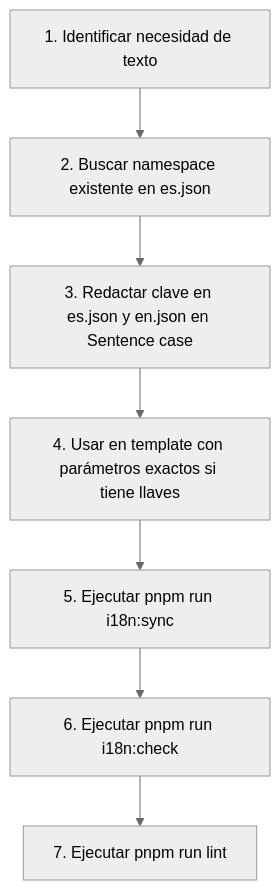
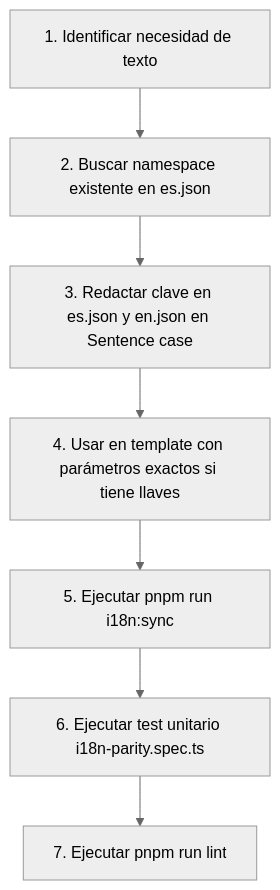
One commit to SAPCyTI-UAM-I/sapcyti-spa changed the diagram in .agents/skills/i18n-claves/SKILL.md. Above: the diagram before and after it, drawn with Mermaid (neutral theme). The commit also changed other lines of this file, not shown here.

Commit message:
docs(i18n): incorporar suite unitaria i18n-parity.spec.ts en la skill canónica

````diff
--- a/.agents/skills/i18n-claves/SKILL.md
+++ b/.agents/skills/i18n-claves/SKILL.md
@@ -129,9 +129,9 @@
 ```mermaid
 flowchart TD
     A["1. Identificar necesidad de texto"] --> B["2. Buscar namespace existente en es.json"]
     B --> C["3. Redactar clave en es.json y en.json en Sentence case"]
     C --> D["4. Usar en template con parámetros exactos si tiene llaves"]
     D --> E["5. Ejecutar pnpm run i18n:sync"]
-    E --> F["6. Ejecutar pnpm run i18n:check"]
+    E --> F["6. Ejecutar test unitario i18n-parity.spec.ts"]
     F --> G["7. Ejecutar pnpm run lint"]
 ```
````
